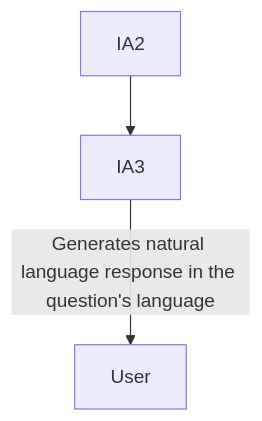
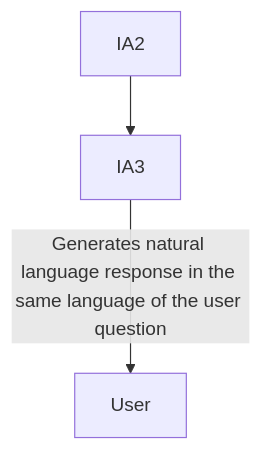
The fourth of 4 diagrams in README.md (raphael-santosz/LangQueryGen), drawn with Mermaid before and after one commit. The commit also changed other lines of this file, not shown here.

````diff
--- a/README.md
+++ b/README.md
@@ -151,5 +159,5 @@
 ```mermaid
 flowchart TD
     IA2 --> IA3
-    IA3 -->|Generates natural language response in the question's language| User
+    IA3 -->|Generates natural language response in the same language of the user question| User
 ```
````
